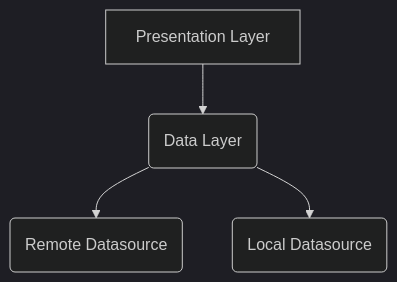
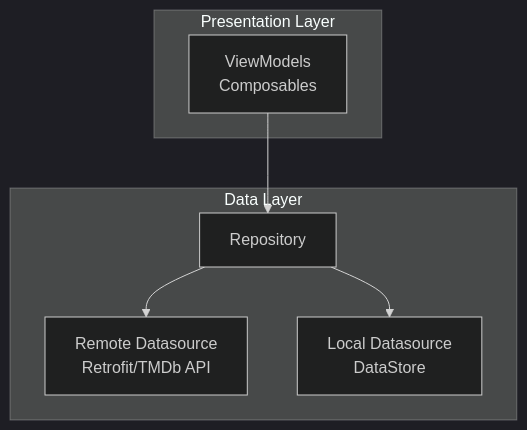
Before and after one commit to TheSomeshKumar/Flixplorer: the first of 3 diagrams in README.md, drawn with Mermaid (dark theme). The commit also changed other lines of this file, not shown here.

````diff
--- a/README.md
+++ b/README.md
@@ -19,7 +18,16 @@
 ```mermaid
 graph TD
-    A[Presentation Layer] --> B(Data Layer)
-    B --> C(Remote Datasource)
-    B --> D(Local Datasource)
+    subgraph "Presentation Layer"
+        A[ViewModels<br/>Composables]
+    end
 
+    subgraph "Data Layer"
+        C[Remote Datasource<br/>Retrofit/TMDb API]
+        D[Local Datasource<br/>DataStore]
+        B[Repository]
+        B --> C
+        B --> D
+    end
+
+    A --> B
 ```
````
